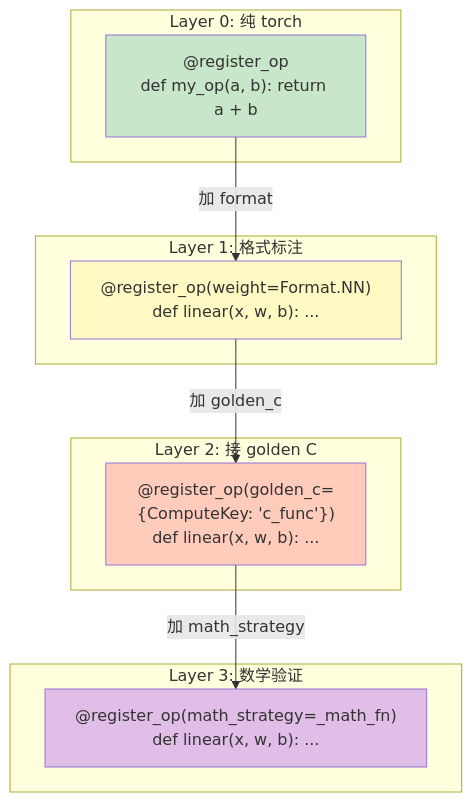
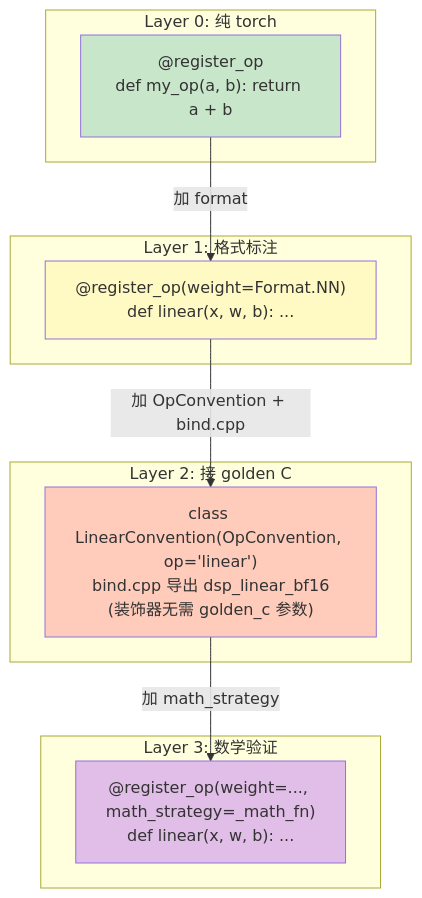
The eighth of 10 diagrams in projects/dsp-core/docs/architecture.md (xshii/aihelper), drawn with Mermaid before and after one commit. The commit also changed other lines of this file and 94 other files, not shown here.

````diff
--- a/projects/dsp-core/docs/architecture.md
+++ b/projects/dsp-core/docs/architecture.md
@@ -287,27 +282,27 @@
 ```mermaid
 graph TB
     subgraph "Layer 0: 纯 torch"
         L0["@register_op<br/>def my_op(a, b): return a + b"]
     end
 
     subgraph "Layer 1: 格式标注"
         L1["@register_op(weight=Format.NN)<br/>def linear(x, w, b): ..."]
     end
 
     subgraph "Layer 2: 接 golden C"
-        L2["@register_op(golden_c={ComputeKey: 'c_func'})<br/>def linear(x, w, b): ..."]
+        L2["class LinearConvention(OpConvention, op='linear')<br/>bind.cpp 导出 dsp_linear_bf16<br/>(装饰器无需 golden_c 参数)"]
     end
 
     subgraph "Layer 3: 数学验证"
-        L3["@register_op(math_strategy=_math_fn)<br/>def linear(x, w, b): ..."]
+        L3["@register_op(weight=..., math_strategy=_math_fn)<br/>def linear(x, w, b): ..."]
     end
 
     L0 -->|加 format| L1
-    L1 -->|加 golden_c| L2
+    L1 -->|加 OpConvention + bind.cpp| L2
     L2 -->|加 math_strategy| L3
 
     style L0 fill:#c8e6c9
     style L1 fill:#fff9c4
     style L2 fill:#ffccbc
     style L3 fill:#e1bee7
 ```
````
